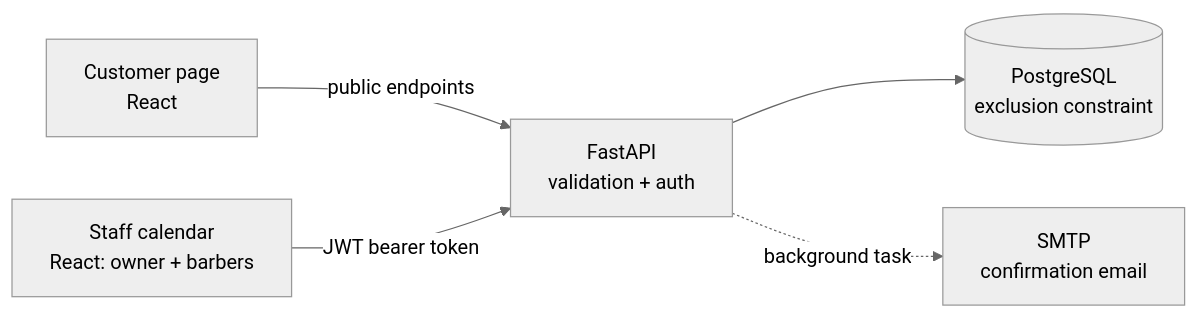
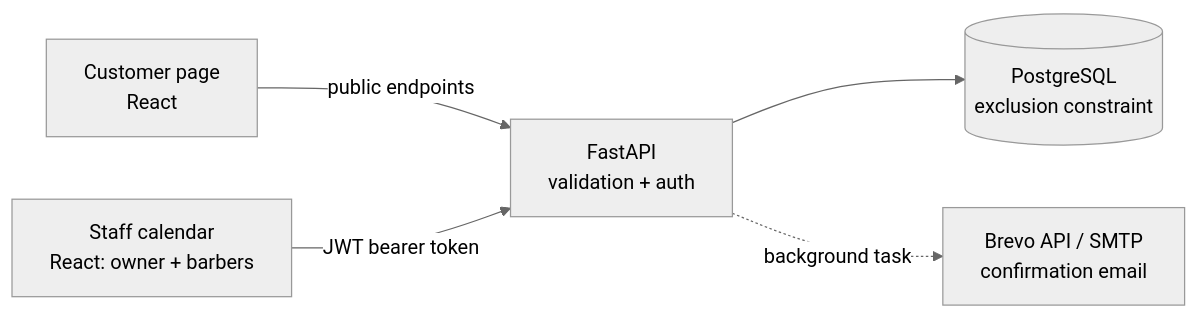
The diagram in README.md (musee-00/booking-system), drawn with Mermaid (neutral theme) before and after one commit. The commit also changed other lines of this file and 9 other files, not shown here.

First line of the commit message:
Send confirmation emails through Brevo's API in production

````diff
--- a/README.md
+++ b/README.md
@@ -38,7 +38,7 @@
 ```mermaid
 flowchart LR
     C[Customer page<br/>React] -->|public endpoints| API
     A[Staff calendar<br/>React: owner + barbers] -->|JWT bearer token| API
     API[FastAPI<br/>validation + auth] --> DB[(PostgreSQL<br/>exclusion constraint)]
-    API -.->|background task| SMTP[SMTP<br/>confirmation email]
+    API -.->|background task| MAIL[Brevo API / SMTP<br/>confirmation email]
 ```
````
